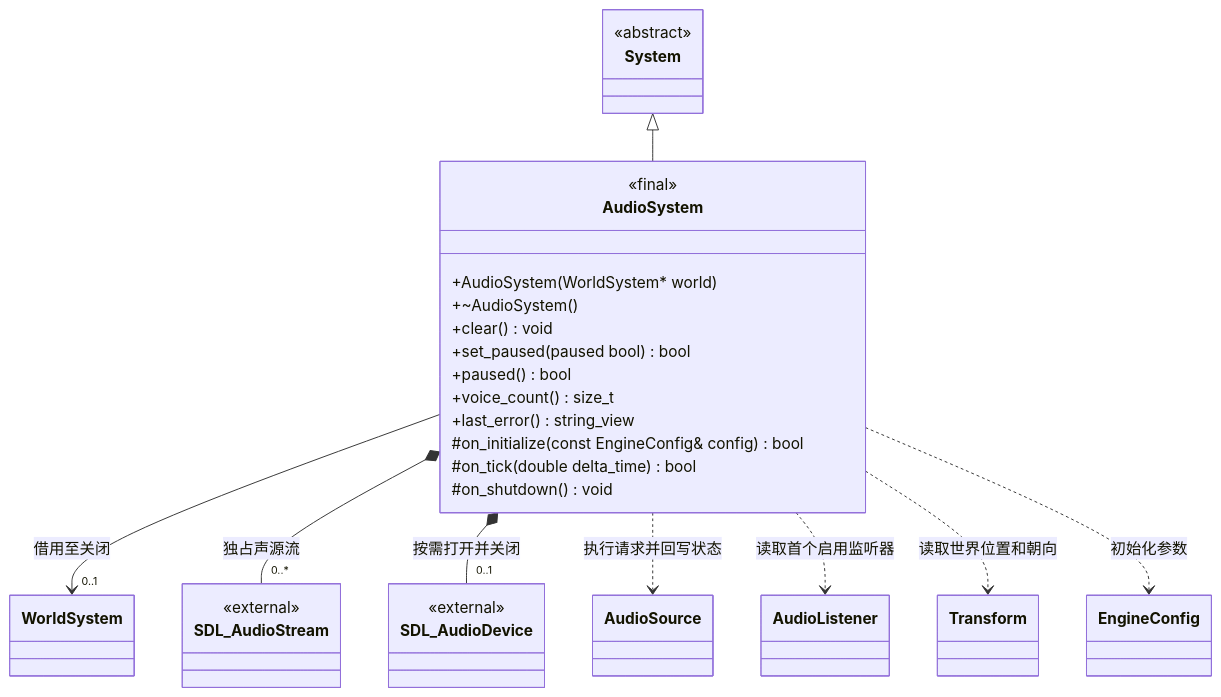
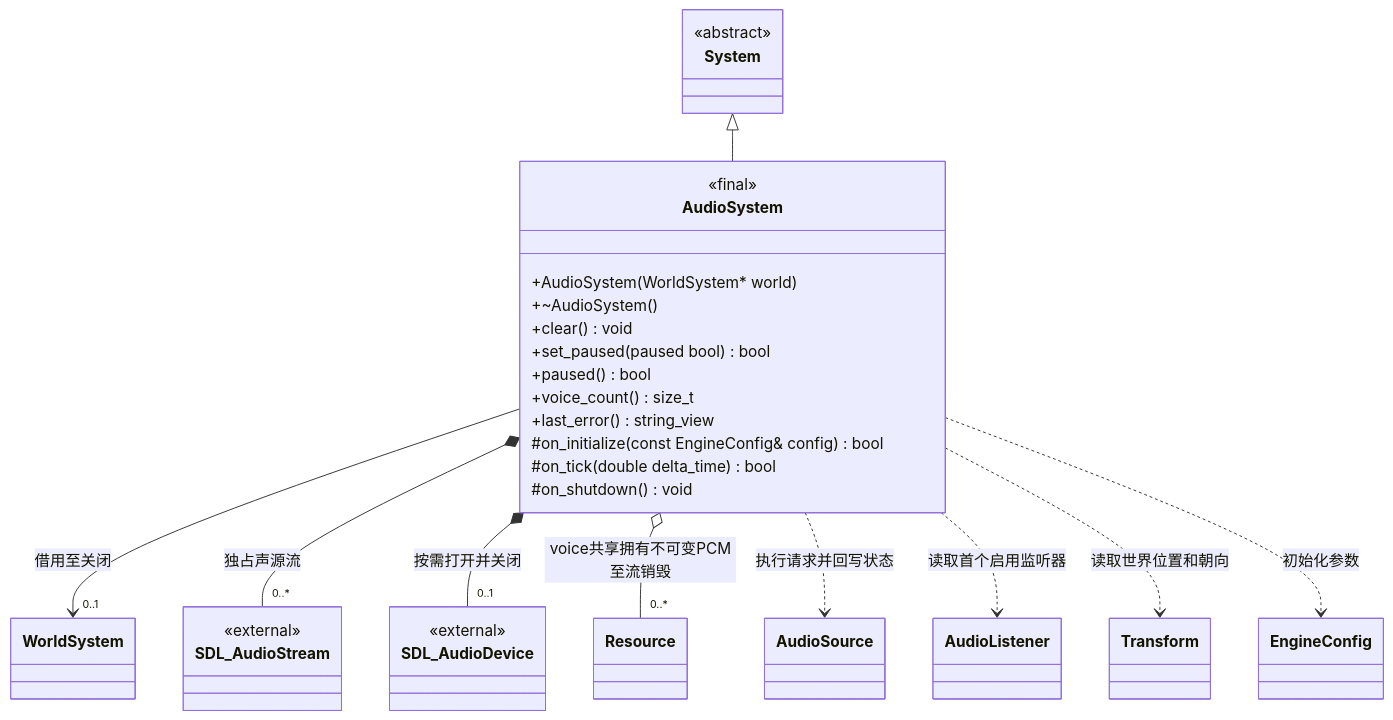
One commit to lcals/Engine changed the diagram in docs/runtime/class-diagrams/audio-system.md. Above: the diagram before and after it, drawn with Mermaid. The commit also changed other lines of this file and 135 other files, not shown here.

````diff
--- a/docs/runtime/class-diagrams/audio-system.md
+++ b/docs/runtime/class-diagrams/audio-system.md
@@ -5,39 +5,41 @@
 ```mermaid
 classDiagram
     direction TB
     class AudioSystem {
         <<final>>
         +AudioSystem(WorldSystem#42; world)
         +~AudioSystem()
         +clear() void
         +set_paused(paused bool) bool
         +paused() bool
         +voice_count() size_t
         +last_error() string_view
         #on_initialize(const EngineConfig& config) bool
         #on_tick(double delta_time) bool
         #on_shutdown() void
     }
     class System {
         <<abstract>>
     }
     class WorldSystem
     class AudioSource
     class AudioListener
     class Transform
     class EngineConfig
+    class Resource
     class SDL_AudioStream {
         <<external>>
     }
     class SDL_AudioDevice {
         <<external>>
     }
     System <|-- AudioSystem
     AudioSystem --> "0..1" WorldSystem : 借用至关闭
     AudioSystem *-- "0..*" SDL_AudioStream : 独占声源流
     AudioSystem *-- "0..1" SDL_AudioDevice : 按需打开并关闭
+    AudioSystem o-- "0..*" Resource : voice共享拥有不可变PCM至流销毁
     AudioSystem ..> AudioSource : 执行请求并回写状态
     AudioSystem ..> AudioListener : 读取首个启用监听器
     AudioSystem ..> Transform : 读取世界位置和朝向
     AudioSystem ..> EngineConfig : 初始化参数
 ```
````
